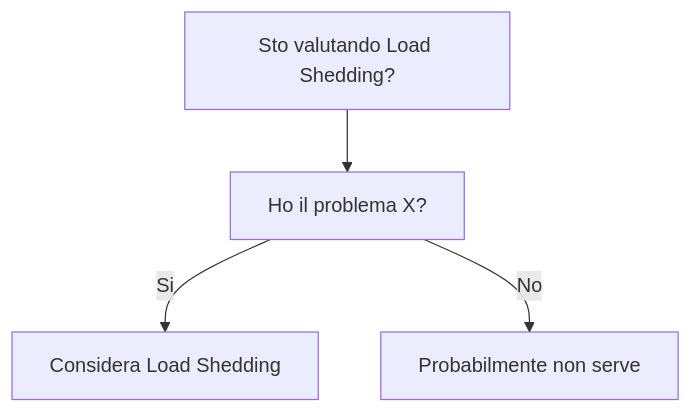
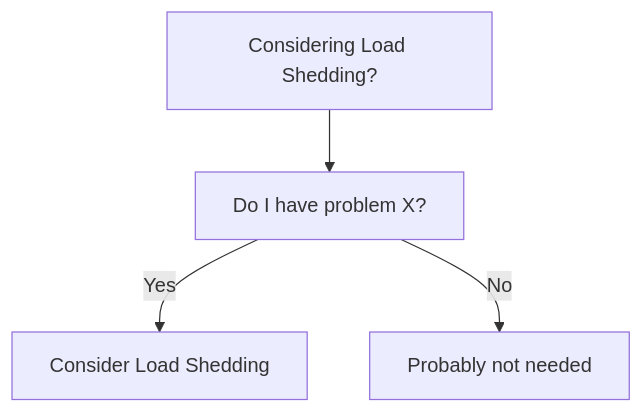
Before and after one commit to HxT9/Software-Dev-Wiki: the diagram in dev-wiki/23_Resilience_Engineering/Load_Shedding/When_To_Use.md, drawn with Mermaid. The commit also changed other lines of this file and 3444 other files, not shown here.

````diff
--- a/dev-wiki/23_Resilience_Engineering/Load_Shedding/When_To_Use.md
+++ b/dev-wiki/23_Resilience_Engineering/Load_Shedding/When_To_Use.md
@@ -19,6 +19,6 @@
 ```mermaid
 flowchart TD
-  Q[Sto valutando Load Shedding?] --> Q1[Ho il problema X?]
-  Q1 -->|Si| OK[Considera Load Shedding]
-  Q1 -->|No| NO[Probabilmente non serve]
+  Q[Considering Load Shedding?] --> Q1[Do I have problem X?]
+  Q1 -->|Yes| OK[Consider Load Shedding]
+  Q1 -->|No| NO[Probably not needed]
 ```
````
